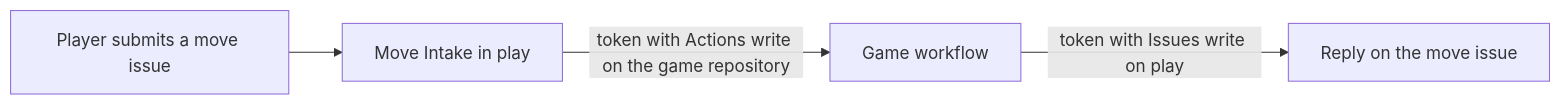
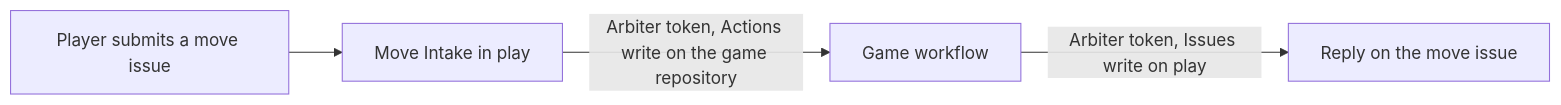
The diagram in docs/GitHub-App.md (tannergolden/play), drawn with Mermaid before and after one commit. The commit also changed other lines of this file and 2 other files, not shown here.

First line of the commit message:
docs(app): 📝 name the app arbiter in its guide

````diff
--- a/docs/GitHub-App.md
+++ b/docs/GitHub-App.md
@@ -44,6 +46,6 @@
 ```mermaid
 graph LR
     A[Player submits a move issue] --> B[Move Intake in play]
-    B -->|token with Actions write on the game repository| C[Game workflow]
-    C -->|token with Issues write on play| D[Reply on the move issue]
+    B -->|Arbiter token, Actions write on the game repository| C[Game workflow]
+    C -->|Arbiter token, Issues write on play| D[Reply on the move issue]
 ```
````
